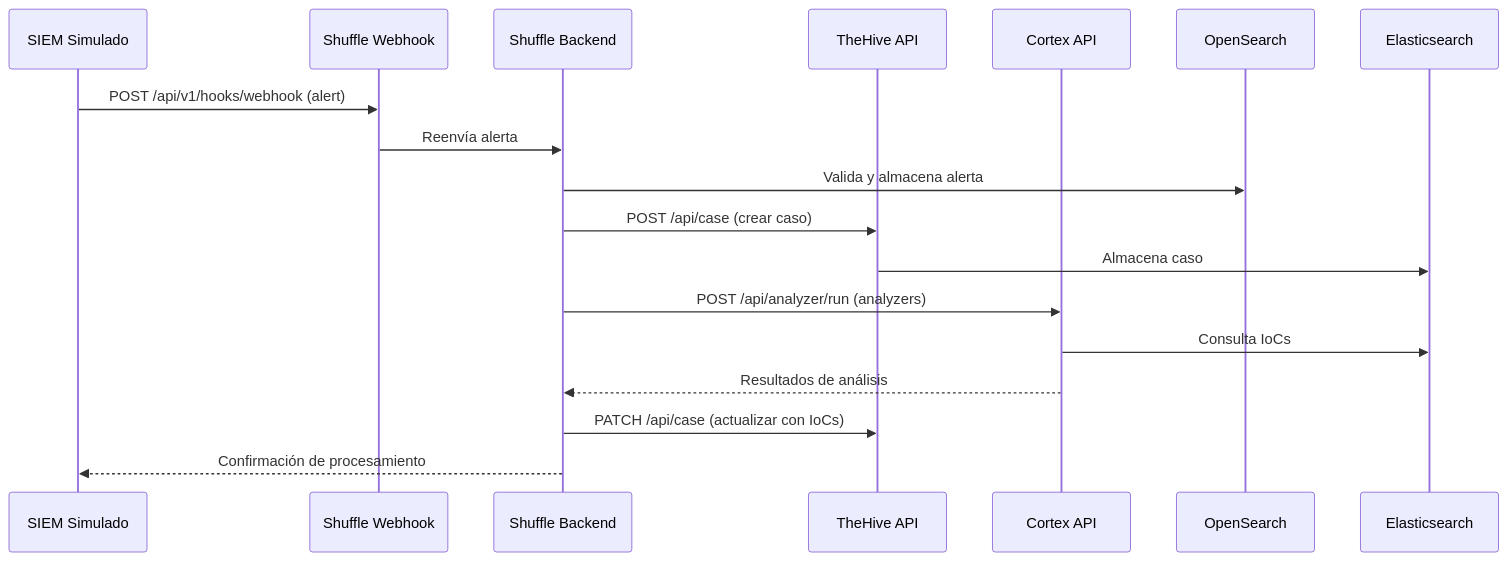
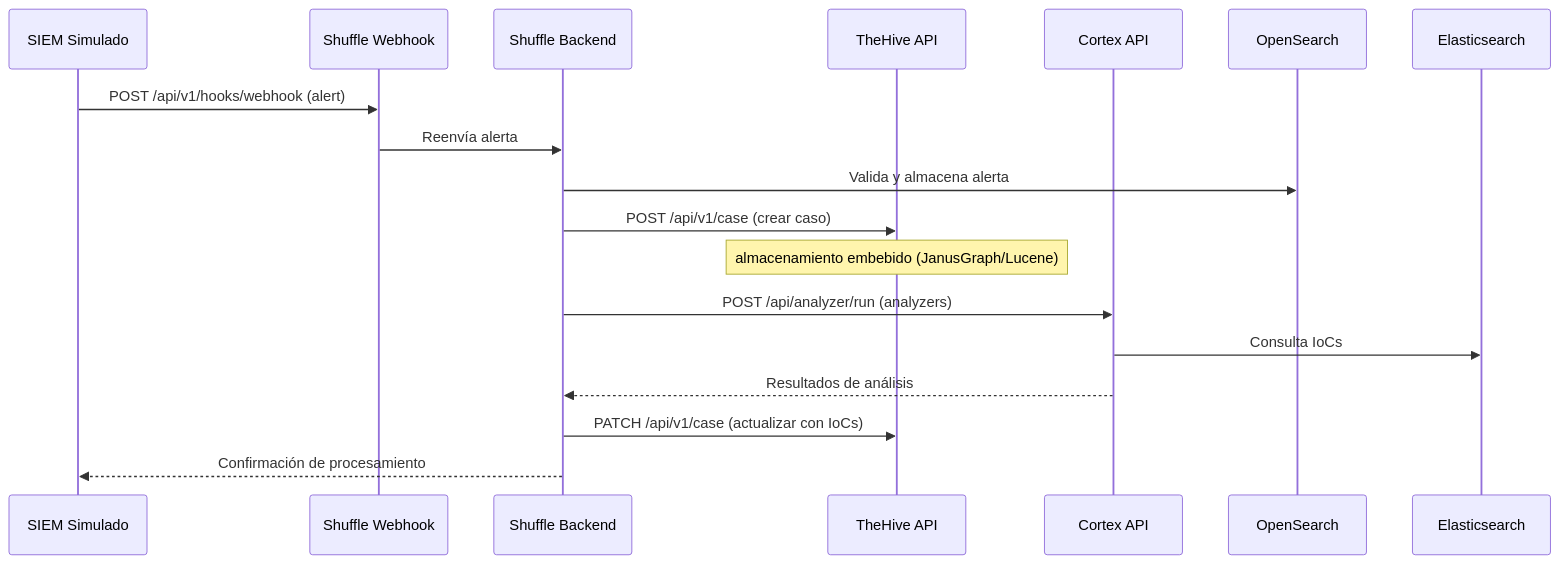
The second of 22 diagrams in docs/02-architecture.md (alesanfe/soar-ransomware-lab), drawn with Mermaid before and after one commit. The commit also changed other lines of this file and 107 other files, not shown here.

````diff
--- a/docs/02-architecture.md
+++ b/docs/02-architecture.md
@@ -390,21 +389,21 @@
 ```mermaid
 sequenceDiagram
  participant SIEM as SIEM Simulado
  participant Shuffle as Shuffle Webhook
  participant Backend as Shuffle Backend
  participant TheHive as TheHive API
  participant Cortex as Cortex API
  participant OS as OpenSearch
  participant ES as Elasticsearch
 
  SIEM->>Shuffle: POST /api/v1/hooks/webhook (alert)
  Shuffle->>Backend: Reenvía alerta
  Backend->>OS: Valida y almacena alerta
- Backend->>TheHive: POST /api/case (crear caso)
- TheHive->>ES: Almacena caso
+ Backend->>TheHive: POST /api/v1/case (crear caso)
+ Note over TheHive: almacenamiento embebido (JanusGraph/Lucene)
  Backend->>Cortex: POST /api/analyzer/run (analyzers)
  Cortex->>ES: Consulta IoCs
  Cortex-->>Backend: Resultados de análisis
- Backend->>TheHive: PATCH /api/case (actualizar con IoCs)
+ Backend->>TheHive: PATCH /api/v1/case (actualizar con IoCs)
  Backend-->>SIEM: Confirmación de procesamiento
 ```
````
